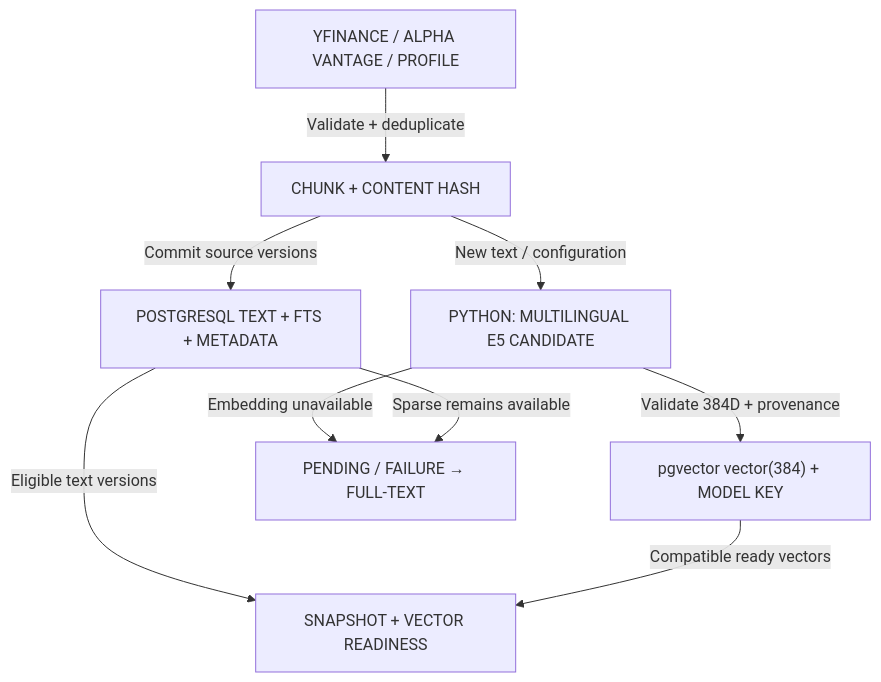
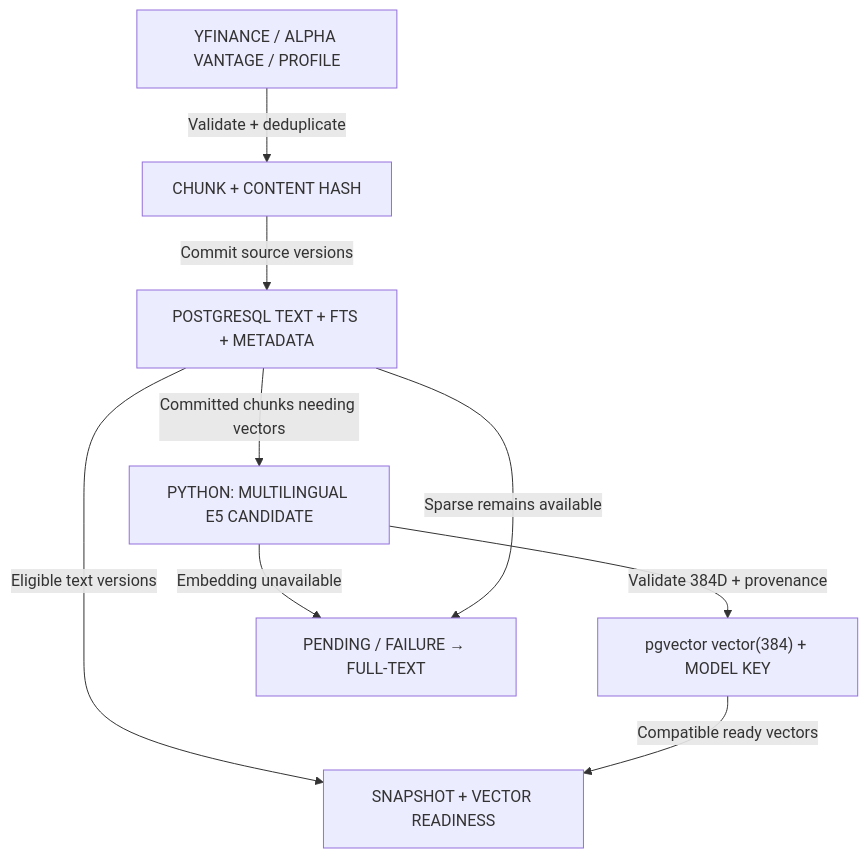
The diagram in public/downloads/finance-diagrams/vector_storage-en.mmd (ByronHo68/ai-learning-academy), drawn with Mermaid before and after one commit. The commit also changed 6 other files, not shown here.

```diff
--- a/public/downloads/finance-diagrams/vector_storage-en.mmd
+++ b/public/downloads/finance-diagrams/vector_storage-en.mmd
@@ -1,16 +1,16 @@
 flowchart TD
   n0["YFINANCE / ALPHA VANTAGE / PROFILE"]
   n1["CHUNK + CONTENT HASH"]
   n2["PYTHON: MULTILINGUAL E5 CANDIDATE"]
   n3["POSTGRESQL TEXT + FTS + METADATA"]
   n4["pgvector vector(384) + MODEL KEY"]
   n5["SNAPSHOT + VECTOR READINESS"]
   n6["PENDING / FAILURE → FULL-TEXT"]
   n0 -- "Validate + deduplicate" --> n1
   n1 -- "Commit source versions" --> n3
-  n1 -- "New text / configuration" --> n2
+  n3 -- "Committed chunks needing vectors" --> n2
   n2 -- "Validate 384D + provenance" --> n4
   n2 -- "Embedding unavailable" --> n6
   n3 -- "Eligible text versions" --> n5
   n4 -- "Compatible ready vectors" --> n5
   n3 -- "Sparse remains available" --> n6
```
